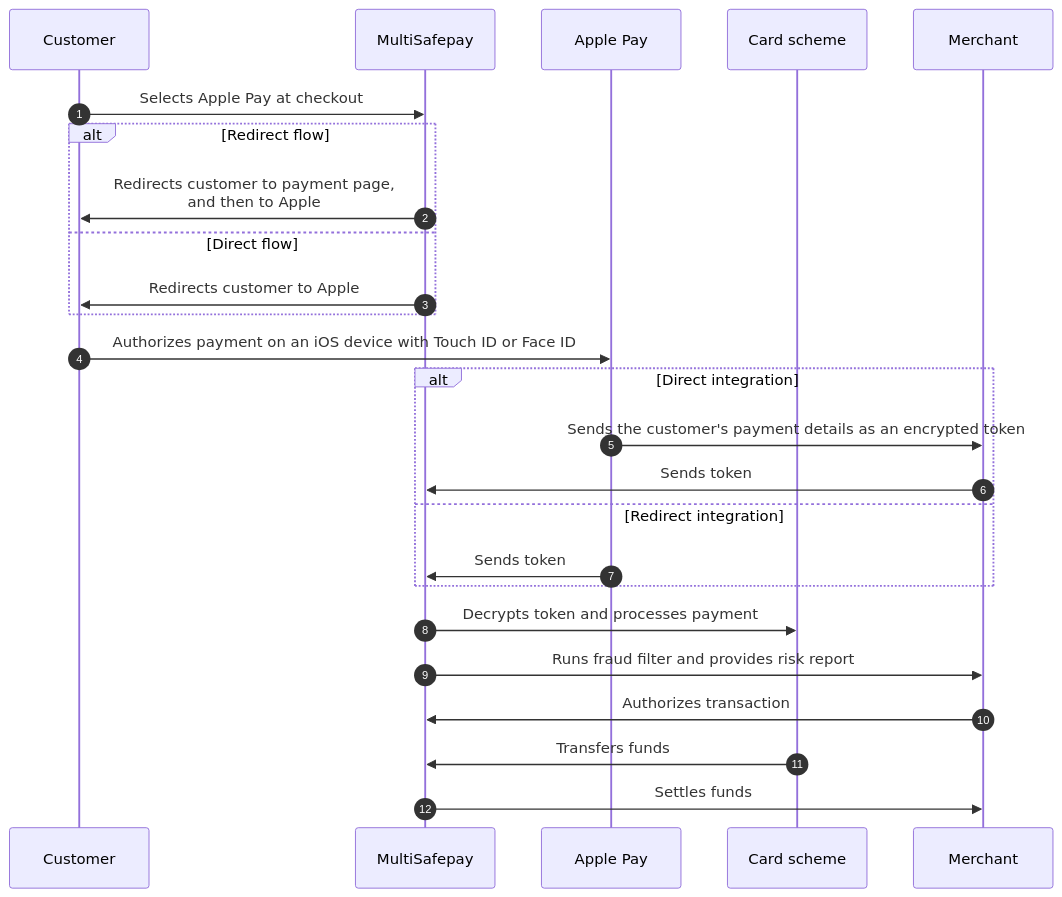
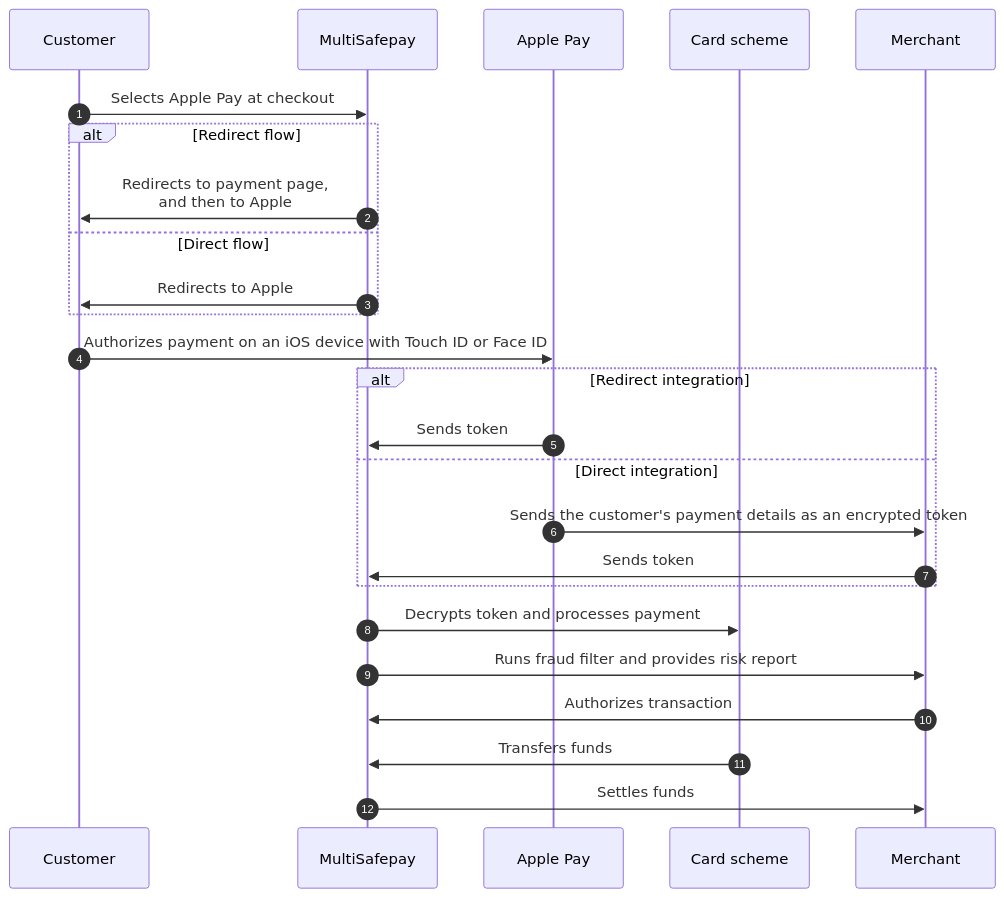
The diagram in content/payments/methods/wallet/applepay/payment-flow.md (MultiSafepay/docs), drawn with Mermaid before and after one commit. The commit also changed other lines of this file and 35 other files, not shown here.

```diff
--- a/content/payments/methods/wallet/applepay/payment-flow.md
+++ b/content/payments/methods/wallet/applepay/payment-flow.md
@@ -16,30 +16,30 @@
 {{< mermaid class="text-center" >}}
 
 sequenceDiagram
     autonumber
     participant C as Customer
     participant Mu as MultiSafepay
     participant A as Apple Pay
     participant CS as Card scheme
     participant Me as Merchant
     
     C->>Mu: Selects Apple Pay at checkout
     alt Redirect flow
-    Mu->>C: Redirects customer to payment page, <br> and then to Apple
+    Mu->>C: Redirects to payment page, <br> and then to Apple
     else Direct flow
-    Mu->>C: Redirects customer to Apple
+    Mu->>C: Redirects to Apple
     end
     C->>A: Authorizes payment on an iOS device with Touch ID or Face ID
-    alt Direct integration
+    alt Redirect integration
+    A->>Mu: Sends token
+    else Direct integration
     A->>Me: Sends the customer's payment details as an encrypted token
     Me->>Mu: Sends token
-    else Redirect integration
-    A->>Mu: Sends token
     end
     Mu->>CS: Decrypts token and processes payment
     Mu->>Me: Runs fraud filter and provides risk report
     Me->>Mu: Authorizes transaction
     CS->>Mu: Transfers funds 
     Mu->>Me: Settles funds
 
 {{< /mermaid >}}
```
